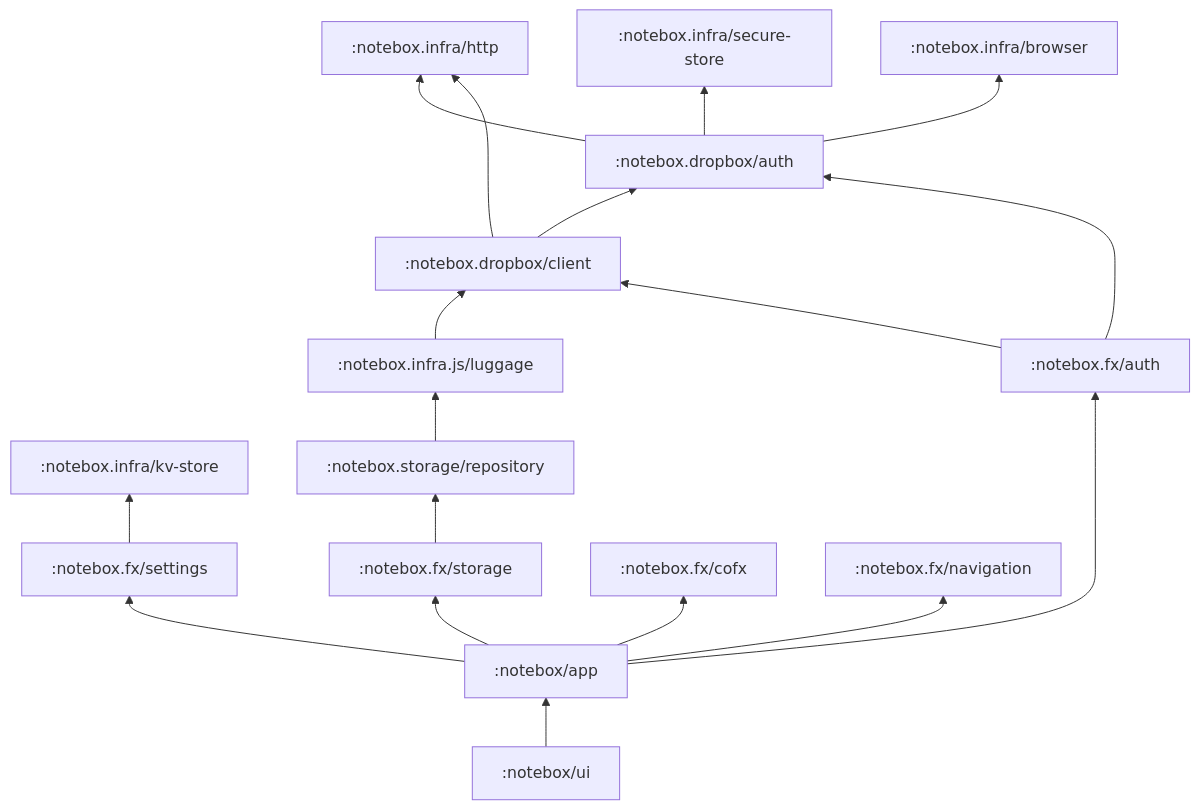
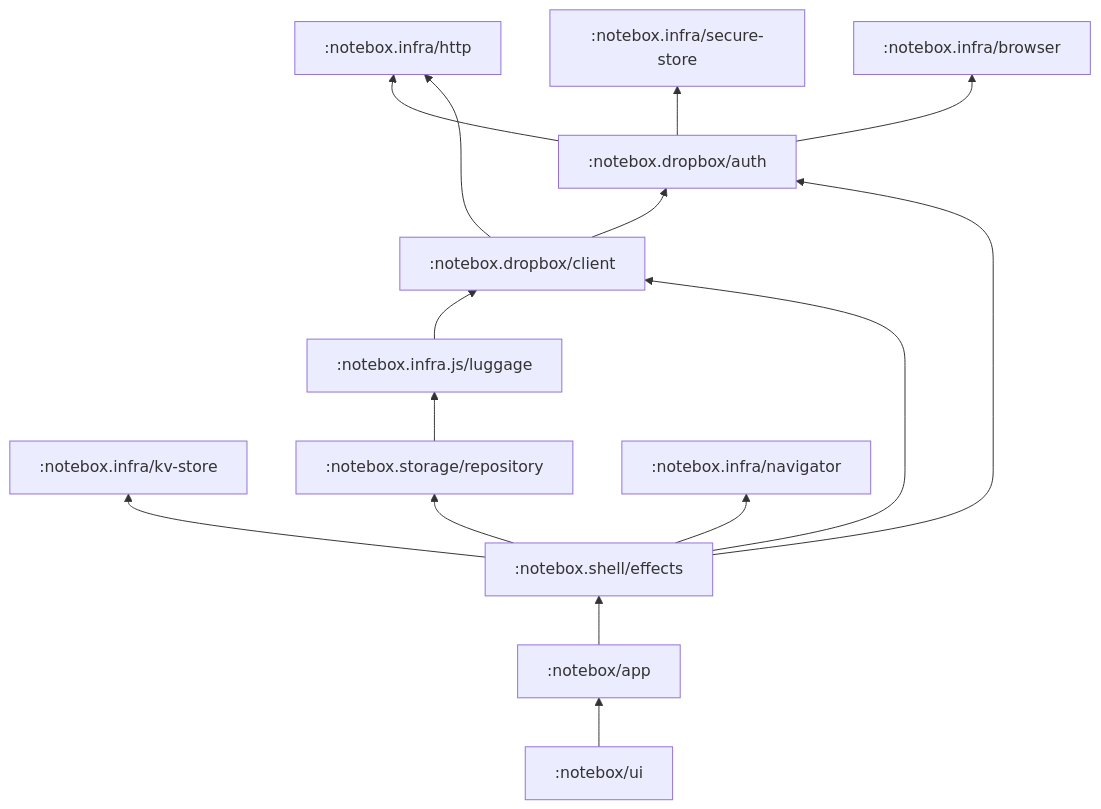
One commit to dra1n/notebox-mobile changed the diagram in spec/roadmap.md. Above: the diagram before and after it, drawn with Mermaid. The commit also changed other lines of this file and 13 other files, not shown here.

````diff
--- a/spec/roadmap.md
+++ b/spec/roadmap.md
@@ -283,18 +283,15 @@
 ```mermaid
 graph BT
   http[:notebox.infra/http]
   secure[:notebox.infra/secure-store]
   browser[:notebox.infra/browser]
   kv[:notebox.infra/kv-store]
   auth[:notebox.dropbox/auth] --> http & secure & browser
   client[:notebox.dropbox/client] --> http & auth
   luggage[:notebox.infra.js/luggage] --> client
   repo[:notebox.storage/repository] --> luggage
-  fxauth[:notebox.fx/auth] --> auth & client
-  fxstore[:notebox.fx/storage] --> repo
-  fxset[:notebox.fx/settings] --> kv
-  fxcofx[:notebox.fx/cofx]
-  fxnav[:notebox.fx/navigation]
-  app[:notebox/app] --> fxauth & fxstore & fxset & fxcofx & fxnav
+  nav[:notebox.infra/navigator]
+  effects[:notebox.shell/effects] --> repo & auth & client & kv & nav
+  app[:notebox/app] --> effects
   ui[:notebox/ui] --> app
 ```
````
